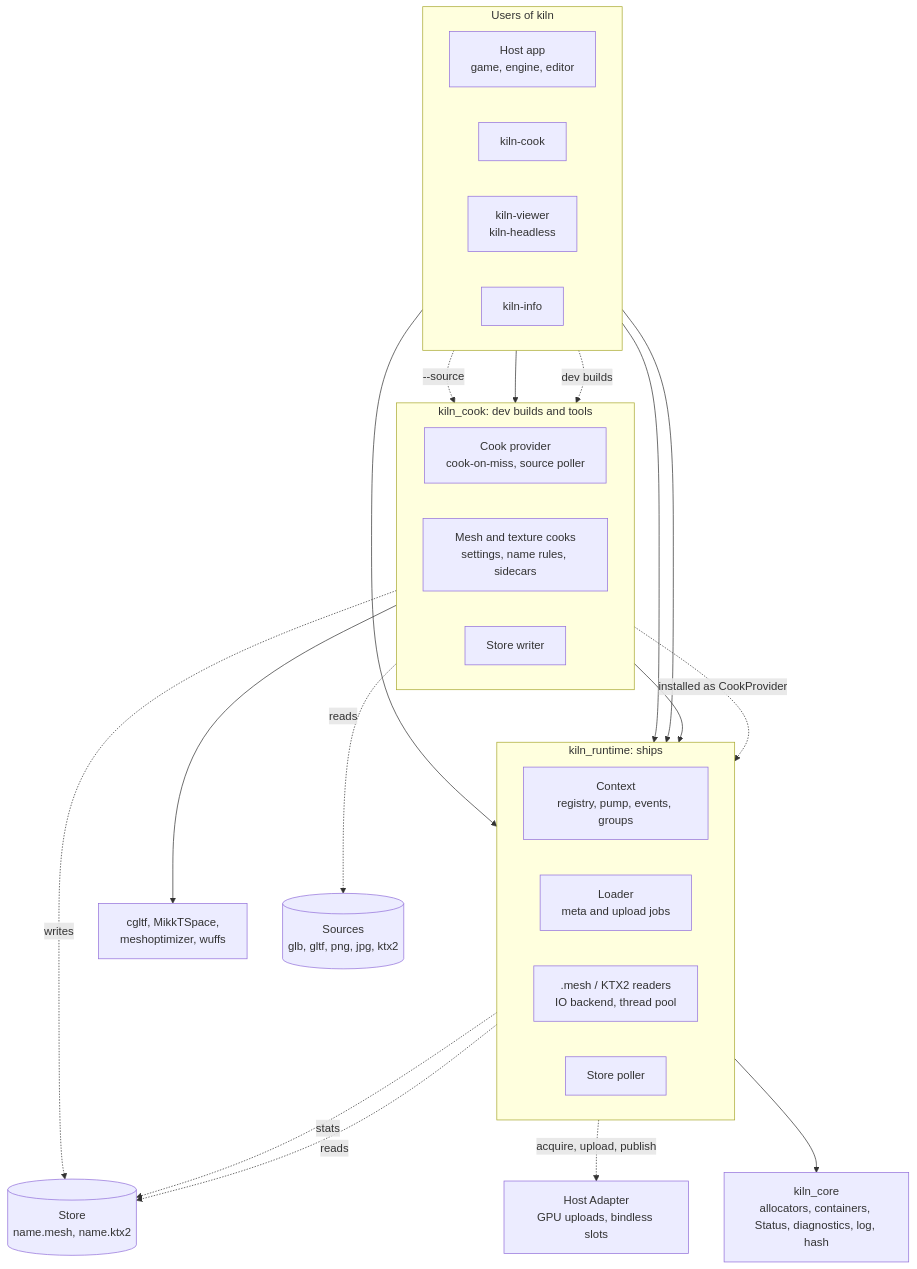
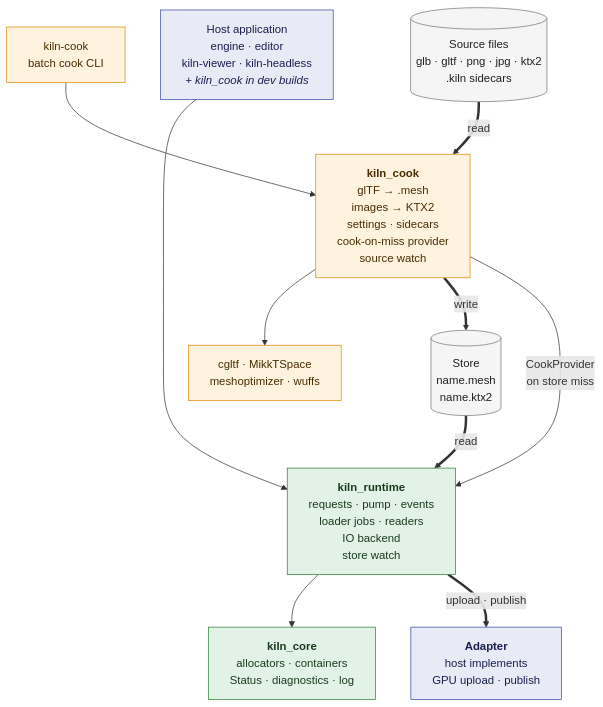
One commit to sigman78/Kiln changed the first of 3 diagrams in docs/design/architecture.md. Above: the diagram before and after it, drawn with Mermaid. The commit also changed other lines of this file, not shown here.

Commit message:
docs: redraw the architecture building-blocks diagram
One box per library, asset data on one path from sources to the adapter,
users on top and kiln_core at the bottom, no crossing edges. Colors mark
what ships, what is dev-only and what the host provides.

````diff
--- a/docs/design/architecture.md
+++ b/docs/design/architecture.md
@@ -11,50 +13,36 @@
 ```mermaid
 flowchart TB
-    subgraph users["Users of kiln"]
-        direction LR
-        app["Host app<br/>game, engine, editor"]
-        kilnCook["kiln-cook"]
-        viewer["kiln-viewer<br/>kiln-headless"]
-        kilnInfo["kiln-info"]
-    end
+    cli["kiln-cook<br/>batch cook CLI"]
+    sources[("Source files<br/>glb · gltf · png · jpg · ktx2<br/>.kiln sidecars")]
+    app["Host application<br/>engine · editor<br/>kiln-viewer · kiln-headless<br/><i>+ kiln_cook in dev builds</i>"]
 
-    subgraph cook["kiln_cook: dev builds and tools"]
-        direction LR
-        provider["Cook provider<br/>cook-on-miss, source poller"]
-        cookers["Mesh and texture cooks<br/>settings, name rules, sidecars"]
-        storeWriter["Store writer"]
-    end
+    cook["<b>kiln_cook</b><br/>glTF → .mesh<br/>images → KTX2<br/>settings · sidecars<br/>cook-on-miss provider<br/>source watch"]
+    third["cgltf · MikkTSpace<br/>meshoptimizer · wuffs"]
 
-    thirdParty["cgltf, MikkTSpace,<br/>meshoptimizer, wuffs"]
+    store[("Store<br/>name.mesh<br/>name.ktx2")]
 
-    subgraph runtime["kiln_runtime: ships"]
-        direction LR
-        ctx["Context<br/>registry, pump, events, groups"]
-        loader["Loader<br/>meta and upload jobs"]
-        readers[".mesh / KTX2 readers<br/>IO backend, thread pool"]
-        storePoller["Store poller"]
-    end
+    runtime["<b>kiln_runtime</b><br/>requests · pump · events<br/>loader jobs · readers<br/>IO backend<br/>store watch"]
 
-    core["kiln_core<br/>allocators, containers, Status, diagnostics, log, hash"]
+    core["<b>kiln_core</b><br/>allocators · containers<br/>Status · diagnostics · log"]
+    adapter["<b>Adapter</b><br/>host implements<br/>GPU upload · publish"]
 
-    adapter["Host Adapter<br/>GPU uploads, bindless slots"]
-    sources[("Sources<br/>glb, gltf, png, jpg, ktx2")]
-    store[("Store<br/>name.mesh, name.ktx2")]
+    cli --> cook
+    sources ==>|read| cook
+    app --> runtime
+    app ~~~ cook
+    cook --> third
+    cook ==>|write| store
+    store ==>|read| runtime
+    cook -->|"CookProvider<br/>on store miss"| runtime
+    runtime --> core
+    runtime ==>|"upload · publish"| adapter
 
-    app --> runtime
-    app -.->|dev builds| cook
-    kilnCook --> cook
-    viewer --> runtime
-    viewer -.->|"--source"| cook
-    kilnInfo --> runtime
-    cook --> runtime
-    cook --> thirdParty
-    runtime --> core
-
-    provider -.->|"installed as CookProvider"| ctx
-    provider -.->|reads| sources
-    storeWriter -.->|writes| store
-    readers -.->|reads| store
-    storePoller -.->|stats| store
-    ctx -.->|"acquire, upload, publish"| adapter
+    classDef ship fill:#e3f2e6,stroke:#2e7d32,color:#1b3a1f
+    classDef dev fill:#fff3e0,stroke:#e08a00,color:#4a2c00
+    classDef host fill:#e8eaf6,stroke:#3949ab,color:#1a1f4d
+    classDef data fill:#f5f5f5,stroke:#757575,color:#212121
+    class runtime,core ship
+    class cook,third,cli dev
+    class app,adapter host
+    class sources,store data
 ```
````
